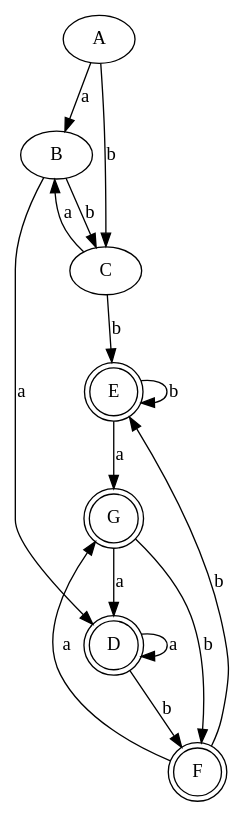
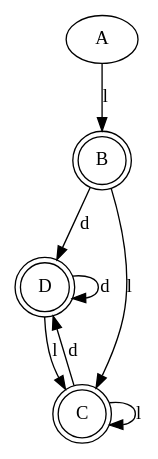
One commit to XiaoYi-byte/compiler-project changed the diagram in 2-NFA_to_DFA/DFA.gv. Above: the diagram before and after it, drawn with Graphviz. The commit also changed 10 other files, not shown here.

```diff
--- a/2-NFA_to_DFA/DFA.gv
+++ b/2-NFA_to_DFA/DFA.gv
@@ -1,27 +1,23 @@
 digraph DFA {
+	D [label=D]
+	C [label=C]
+	B [label=B]
 	A [label=A]
-	B [label=B]
-	C [label=C]
-	D [label=D]
-	E [label=E]
-	F [label=F]
-	G [label=G]
+	B [label=B shape=doublecircle]
+	C [label=C shape=doublecircle]
 	D [label=D shape=doublecircle]
-	E [label=E shape=doublecircle]
-	F [label=F shape=doublecircle]
-	G [label=G shape=doublecircle]
-	A -> B [label=a]
-	A -> C [label=b]
-	B -> D [label=a]
-	B -> C [label=b]
-	C -> B [label=a]
-	C -> E [label=b]
-	D -> D [label=a]
-	D -> F [label=b]
-	E -> G [label=a]
-	E -> E [label=b]
-	F -> G [label=a]
-	F -> E [label=b]
-	G -> D [label=a]
-	G -> F [label=b]
+	A -> B
+ [label=l]
+	B -> C
+ [label=l]
+	B -> D
+ [label=d]
+	C -> C
+ [label=l]
+	C -> D
+ [label=d]
+	D -> C
+ [label=l]
+	D -> D
+ [label=d]
 }
```
